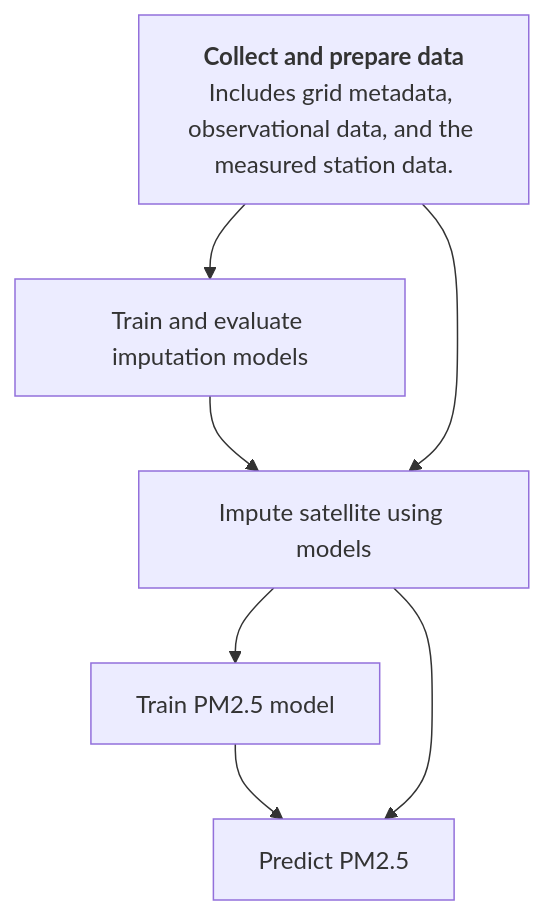
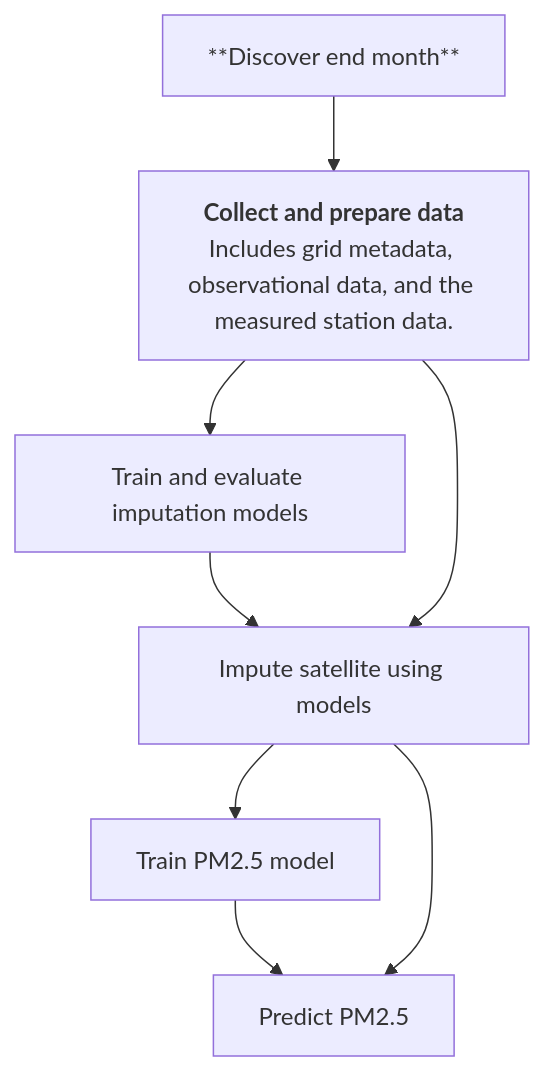
The first of 6 diagrams in README.md (energyandcleanair/pm25ml), drawn with Mermaid before and after one commit. The commit also changed other lines of this file and 30 other files, not shown here.

````diff
--- a/README.md
+++ b/README.md
@@ -201,23 +207,25 @@
 ```mermaid
 %%{init: {"flowchart": {"htmlLabels": false}} }%%
 flowchart TB
+  discover_end_month["**Discover end month**"]
   train_pm25_model["Train PM2.5 model"]
   collect_features["`
     **Collect and prepare data**
     Includes grid metadata, observational data, and the measured station data.
   `"]
   impute_satellite["Impute satellite using models"]
   train_imputation_models["Train and evaluate imputation models"]
   predict_pm25["Predict PM2.5"]
 
+  discover_end_month --> collect_features
   train_imputation_models --> impute_satellite
 
   collect_features --> impute_satellite
   collect_features --> train_imputation_models
   
   impute_satellite --> train_pm25_model
   train_pm25_model --> predict_pm25
   impute_satellite --> predict_pm25
 
 
 ```
````
